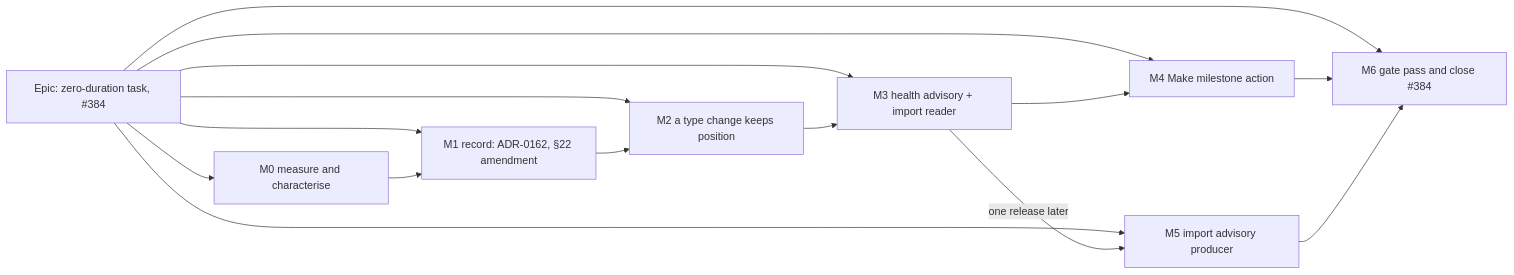
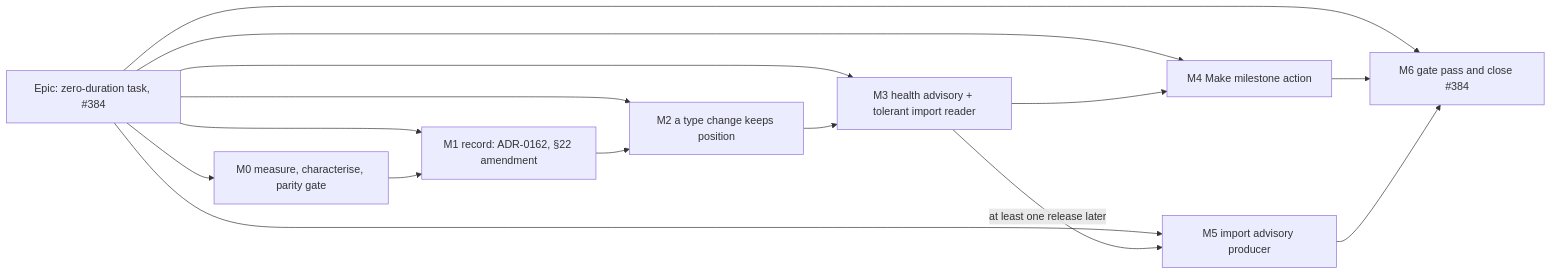
One commit to HuttonHomeHub/SchedulePoint_1 changed the diagram in docs/specs/zero-duration-task/implementation-plan.md. Above: the diagram before and after it, drawn with Mermaid. The commit also changed other lines of this file and 2 other files, not shown here.

First line of the commit message:
docs(docs): checkpoint the in-progress zero-duration fold

````diff
--- a/docs/specs/zero-duration-task/implementation-plan.md
+++ b/docs/specs/zero-duration-task/implementation-plan.md
@@ -9,14 +10,14 @@
 ```mermaid
 flowchart LR
-  E[Epic: zero-duration task, #384] --> M0[M0 measure and characterise]
+  E[Epic: zero-duration task, #384] --> M0[M0 measure, characterise, parity gate]
   E --> M1[M1 record: ADR-0162, §22 amendment]
   E --> M2[M2 a type change keeps position]
-  E --> M3[M3 health advisory + import reader]
+  E --> M3[M3 health advisory + tolerant import reader]
   E --> M4[M4 Make milestone action]
   E --> M5[M5 import advisory producer]
   E --> M6[M6 gate pass and close #384]
   M0 --> M1 --> M2 --> M3 --> M4
-  M3 -->|one release later| M5
+  M3 -->|at least one release later| M5
   M4 --> M6
   M5 --> M6
 ```
````
